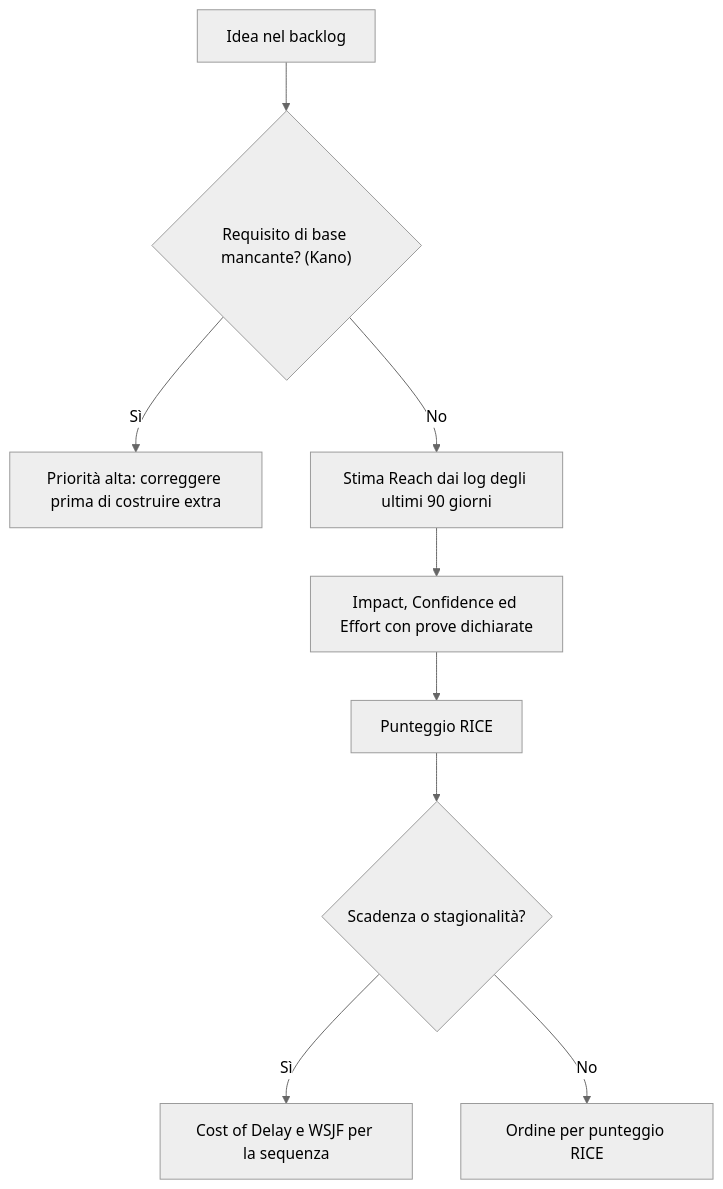
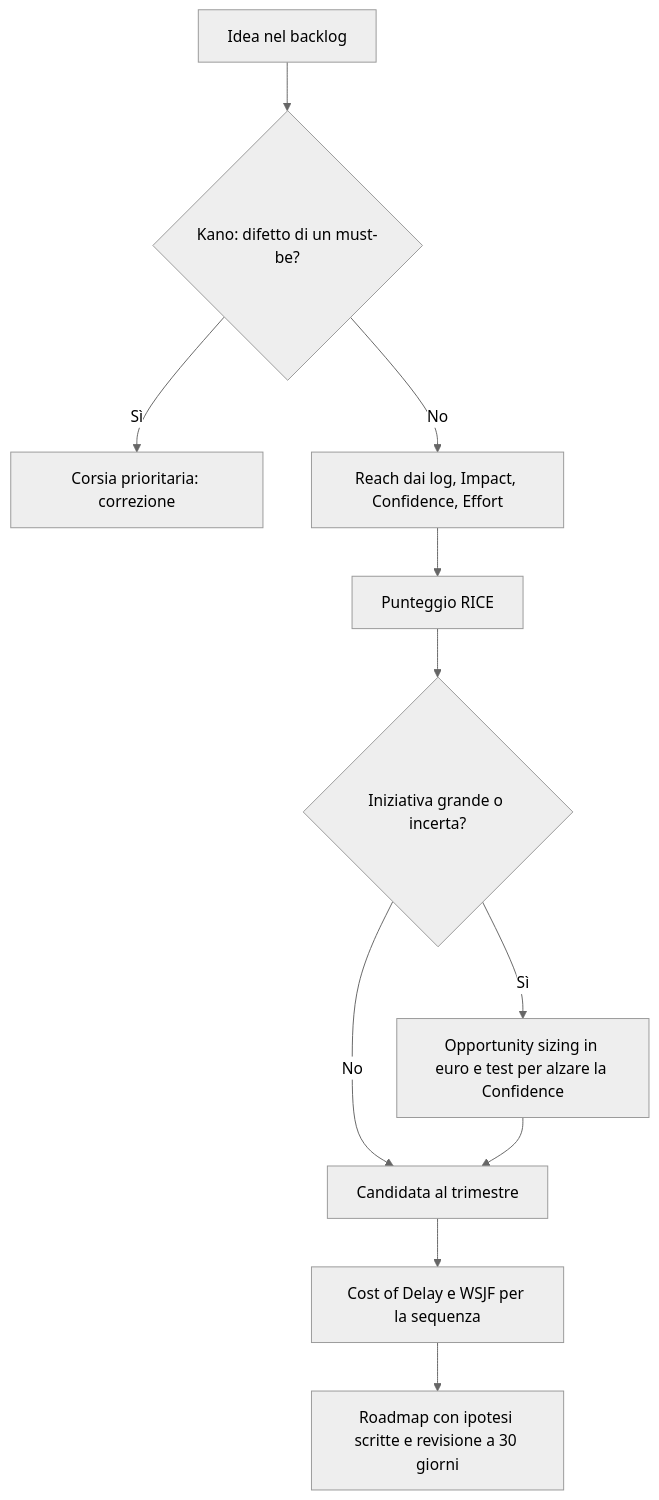
One commit to AndreyBertasini/gynnitech changed the diagram in src/content/corso/analisi-prodotto/prioritizzazione-feature.mdx. Above: the diagram before and after it, drawn with Mermaid (neutral theme). The commit also changed other lines of this file and 5 other files, not shown here.

````diff
--- a/src/content/corso/analisi-prodotto/prioritizzazione-feature.mdx
+++ b/src/content/corso/analisi-prodotto/prioritizzazione-feature.mdx
@@ -51,11 +194,13 @@
 ```mermaid
 flowchart TD
-    A["Idea nel backlog"] --> B{"Requisito di base mancante? (Kano)"}
-    B -->|"Sì"| C["Priorità alta: correggere prima di costruire extra"]
-    B -->|"No"| D["Stima Reach dai log degli ultimi 90 giorni"]
-    D --> E["Impact, Confidence ed Effort con prove dichiarate"]
-    E --> F["Punteggio RICE"]
-    F --> G{"Scadenza o stagionalità?"}
-    G -->|"Sì"| H["Cost of Delay e WSJF per la sequenza"]
-    G -->|"No"| I["Ordine per punteggio RICE"]
+    A["Idea nel backlog"] --> B{"Kano: difetto di un must-be?"}
+    B -->|"Sì"| C["Corsia prioritaria: correzione"]
+    B -->|"No"| D["Reach dai log, Impact, Confidence, Effort"]
+    D --> E["Punteggio RICE"]
+    E --> F{"Iniziativa grande o incerta?"}
+    F -->|"Sì"| G["Opportunity sizing in euro e test per alzare la Confidence"]
+    F -->|"No"| H["Candidata al trimestre"]
+    G --> H
+    H --> I["Cost of Delay e WSJF per la sequenza"]
+    I --> J["Roadmap con ipotesi scritte e revisione a 30 giorni"]
 ```
````
